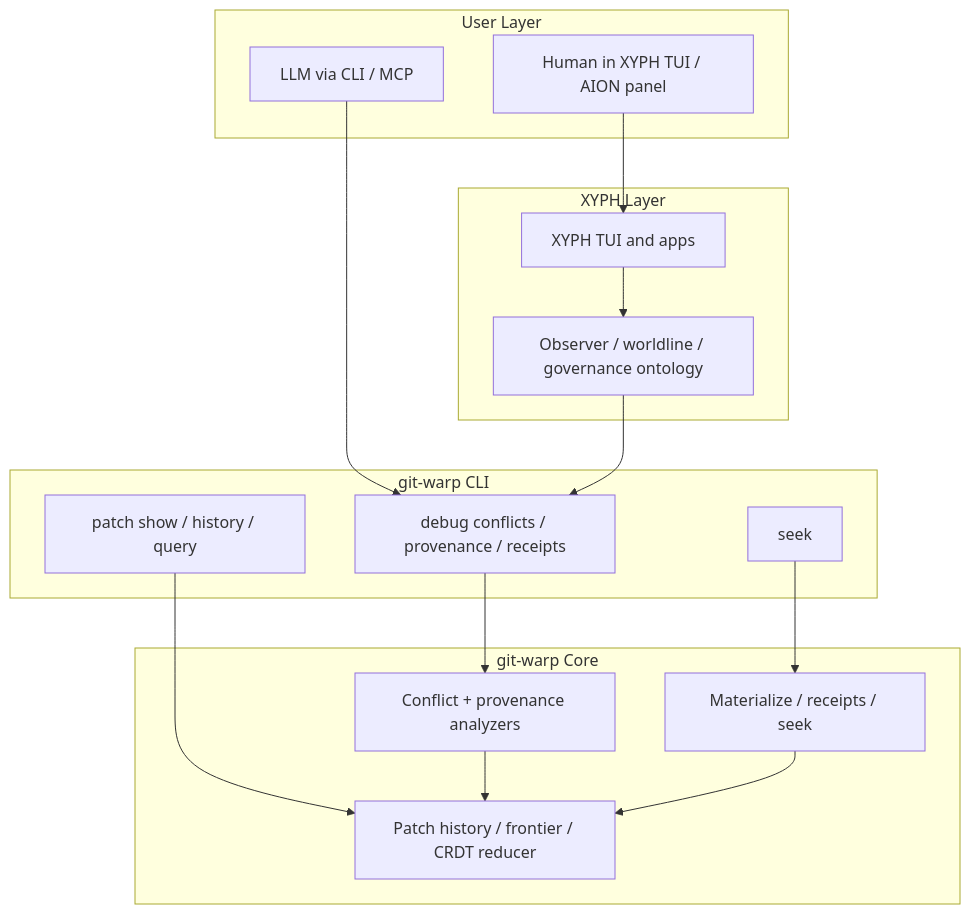
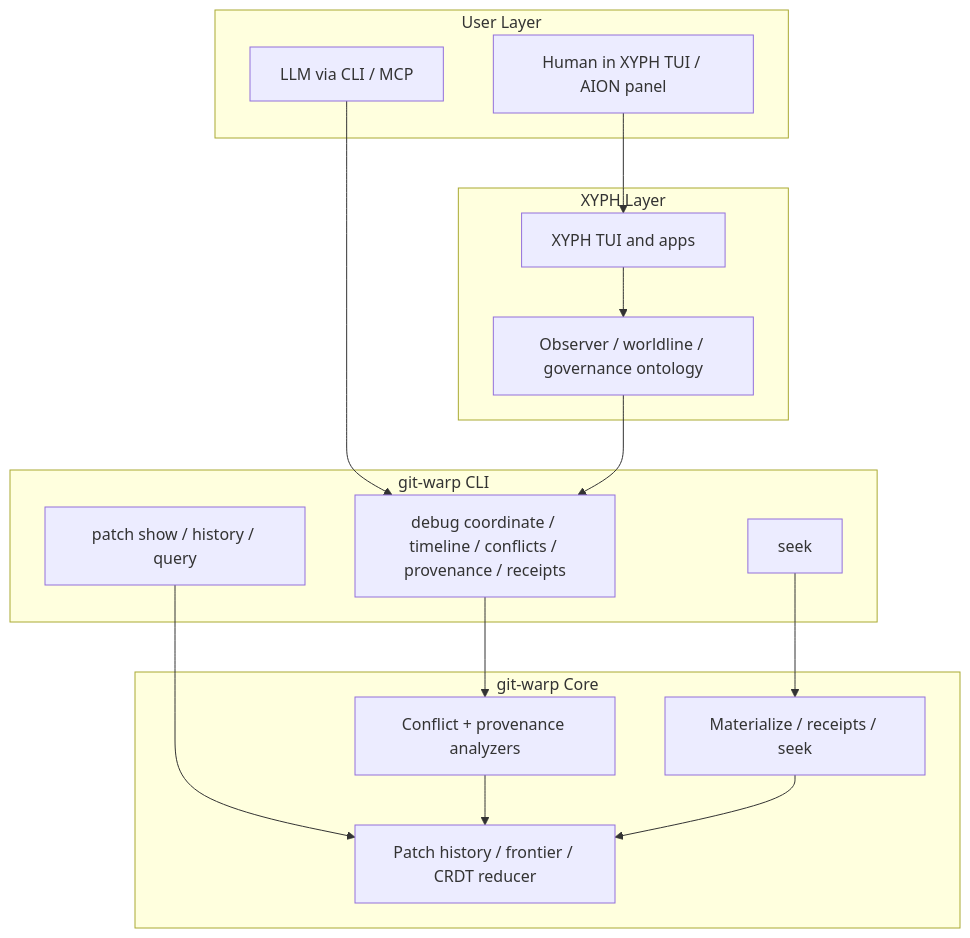
One commit to git-stunts/git-warp changed the diagram in docs/TTD.md. Above: the diagram before and after it, drawn with Mermaid. The commit also changed other lines of this file and 18 other files, not shown here.

````diff
--- a/docs/TTD.md
+++ b/docs/TTD.md
@@ -27,34 +27,34 @@
 ```mermaid
 flowchart TB
     subgraph user["User Layer"]
         human["Human in XYPH TUI / AION panel"]
         agent["LLM via CLI / MCP"]
     end
 
     subgraph xyph["XYPH Layer"]
         xyphui["XYPH TUI and apps"]
         xyphdomain["Observer / worldline / governance ontology"]
     end
 
     subgraph cli["git-warp CLI"]
         seek["seek"]
-        debug["debug conflicts / provenance / receipts"]
+        debug["debug coordinate / timeline / conflicts / provenance / receipts"]
         raw["patch show / history / query"]
     end
 
     subgraph core["git-warp Core"]
         analyzers["Conflict + provenance analyzers"]
         materialize["Materialize / receipts / seek"]
         substrate["Patch history / frontier / CRDT reducer"]
     end
 
     human --> xyphui
     agent --> debug
     xyphui --> xyphdomain
     xyphdomain --> debug
     debug --> analyzers
     seek --> materialize
     raw --> substrate
     analyzers --> substrate
     materialize --> substrate
 ```
````
